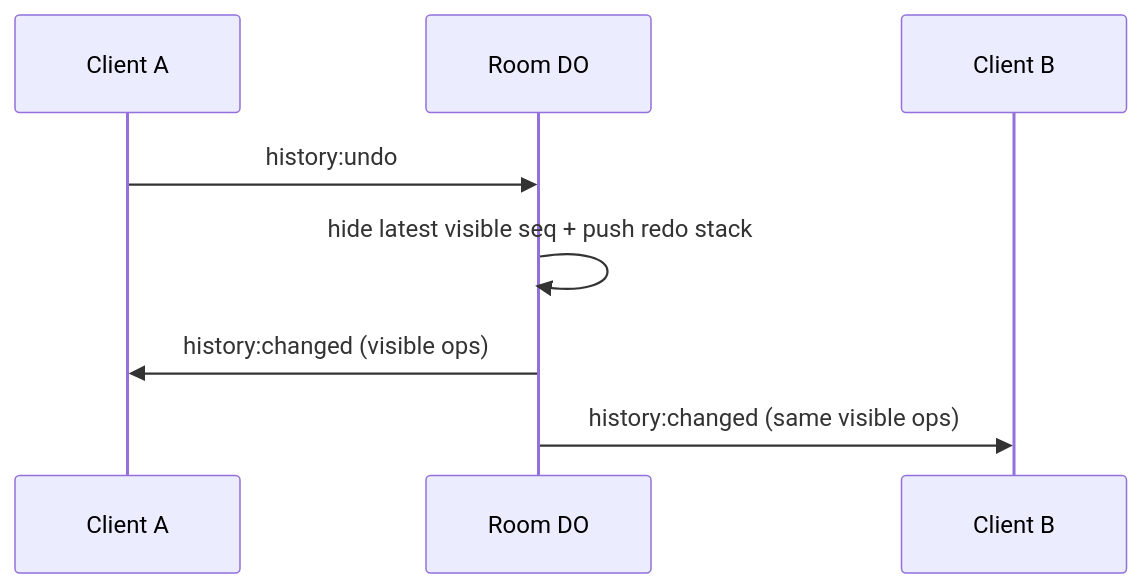
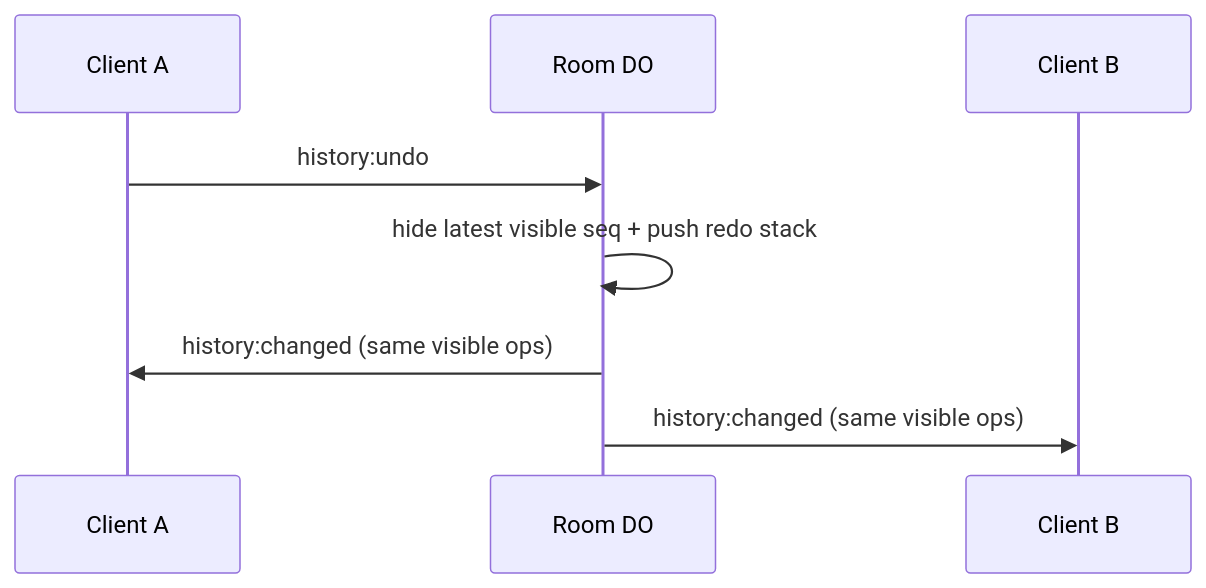
Before and after one commit to Venkat-Kolasani/Loomline: the third of 4 diagrams in ARCHITECTURE.md, drawn with Mermaid. The commit also changed other lines of this file and 2 other files, not shown here.

First line of the commit message:
docs(submission): rewrite README, architecture, and decisions

````diff
--- a/ARCHITECTURE.md
+++ b/ARCHITECTURE.md
@@ -221,10 +204,10 @@
 ```mermaid
 sequenceDiagram
   participant A as Client A
   participant DO as Room DO
   participant B as Client B
   A->>DO: history:undo
   DO->>DO: hide latest visible seq + push redo stack
-  DO->>A: history:changed (visible ops)
+  DO->>A: history:changed (same visible ops)
   DO->>B: history:changed (same visible ops)
 ```
````
